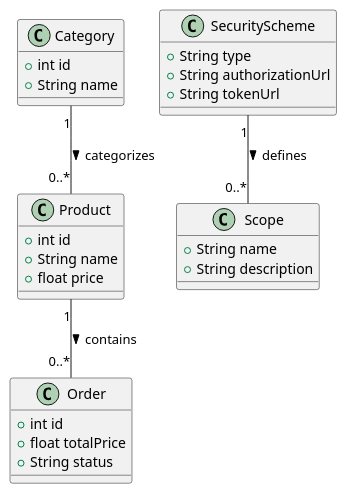
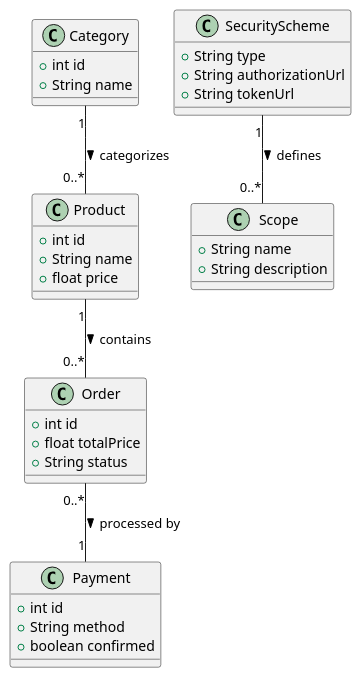
Before and after one commit to Jiri1708/bpAPImigrations: the diagram in classDiagram.puml, drawn with PlantUML. The commit also changed 3 other files, not shown here.

```diff
--- a/classDiagram.puml
+++ b/classDiagram.puml
@@ -1,35 +1,43 @@
-@startuml Eshop
+@startuml
 
 class Product {
     +int id
     +String name
     +float price
 }
 
 class Category {
     +int id
     +String name
 }
 
 class Order {
     +int id
     +float totalPrice
     +String status
 }
 
+class Payment {
+    +int id
+    +String method
+    +boolean confirmed
+}
+
 class SecurityScheme {
     +String type
     +String authorizationUrl
     +String tokenUrl
 }
 
 class Scope {
     +String name
     +String description
 }
 
 Product "1" -- "0..*" Order : contains >
+Order "0..*" -- "1" Payment : processed by >
+
 Category "1" -- "0..*" Product : categorizes >
 SecurityScheme "1" -- "0..*" Scope : defines >
 
 @enduml
```
